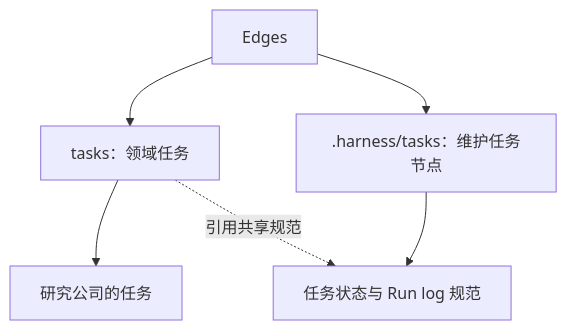
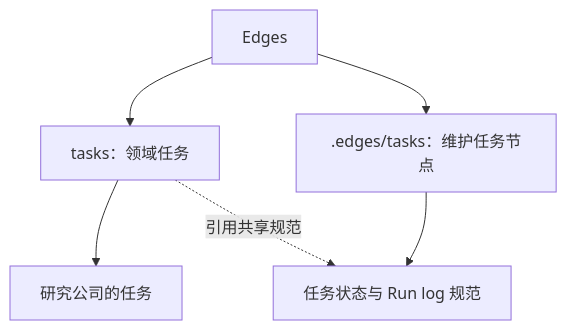
Before and after one commit to VirusPC/edges: the fourth of 6 diagrams in docs/discussions/2026-10-05-implementation-rulings.md, drawn with Mermaid. The commit also changed other lines of this file and 897 other files, not shown here.

First line of the commit message:
feat: 材料目录从 .harness 更名为 .edges (#67)

````diff
--- a/docs/discussions/2026-10-05-implementation-rulings.md
+++ b/docs/discussions/2026-10-05-implementation-rulings.md
@@ -358,8 +358,8 @@
 ```mermaid
 flowchart TD
     R["Edges"] --> D["tasks：领域任务"]
-    R --> H[".harness/tasks：维护任务节点"]
+    R --> H[".edges/tasks：维护任务节点"]
     D --> T["研究公司的任务"]
     H --> M["任务状态与 Run log 规范"]
     D -. "引用共享规范" .-> M
 ```
````
